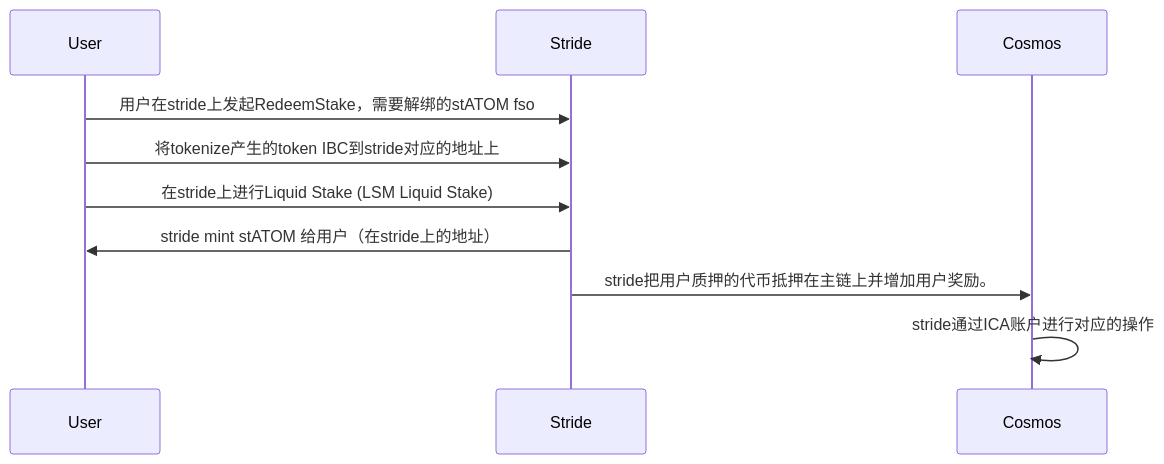
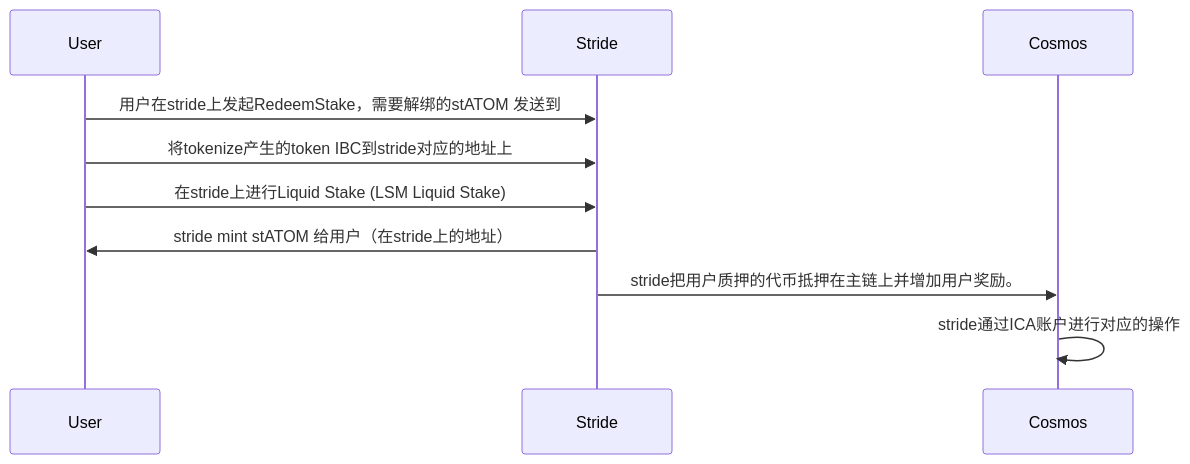
The diagram in all/unbonding.md (yingjianzh/iodraw-files), drawn with Mermaid before and after one commit.

Commit message:
2024-03-28 15:01:46 update

````diff
--- a/all/unbonding.md
+++ b/all/unbonding.md
@@ -1,9 +1,9 @@
 ```mermaid
 sequenceDiagram
-    User->>Stride: 用户在stride上发起RedeemStake，需要解绑的stATOM fso
+    User->>Stride: 用户在stride上发起RedeemStake，需要解绑的stATOM 发送到
     User->>Stride: 将tokenize产生的token IBC到stride对应的地址上
     User->>Stride: 在stride上进行Liquid Stake (LSM Liquid Stake)
     Stride->>User: stride mint stATOM 给用户（在stride上的地址）
     Stride->>Cosmos: stride把用户质押的代币抵押在主链上并增加用户奖励。
     Cosmos->>Cosmos: stride通过ICA账户进行对应的操作
 ```
````
